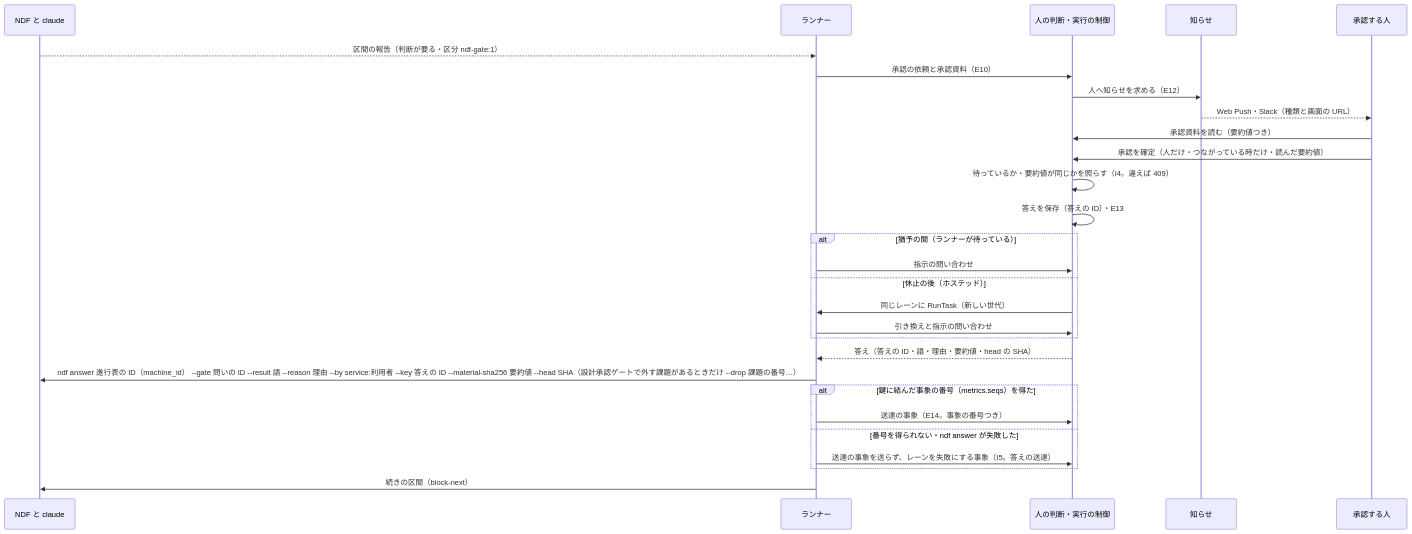
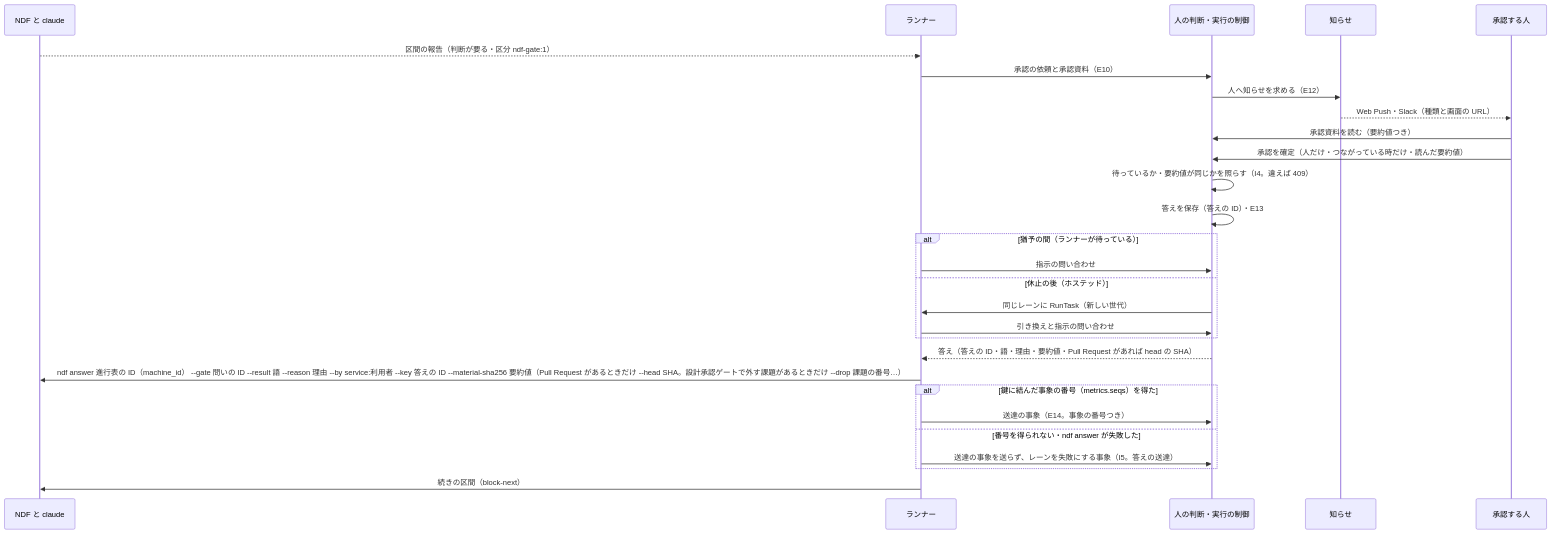
One commit to devbasex/nd-factory changed the seventh of 10 diagrams in docs/design/execution.md. Above: the diagram before and after it, drawn with Mermaid. The commit also changed other lines of this file and 3 other files, not shown here.

First line of the commit message:
Docs: #41 の cross-review の指摘に合わせ、Pull Request の無い承認資料と --head、human-action の「済んだ」の扱い、F23 の区間の報告の照合、旧名の検証コマンドを直す（#41）

````diff
--- a/docs/design/execution.md
+++ b/docs/design/execution.md
@@ -422,30 +423,30 @@
 ```mermaid
 sequenceDiagram
     participant N as NDF と claude
     participant R as ランナー
     participant API as 人の判断・実行の制御
     participant K as 知らせ
     participant 人 as 承認する人
     N-->>R: 区間の報告（判断が要る・区分 ndf-gate:1）
     R->>API: 承認の依頼と承認資料（E10）
     API->>K: 人へ知らせを求める（E12）
     K-->>人: Web Push・Slack（種類と画面の URL）
     人->>API: 承認資料を読む（要約値つき）
     人->>API: 承認を確定（人だけ・つながっている時だけ・読んだ要約値）
     API->>API: 待っているか・要約値が同じかを照らす（I4。違えば 409）
     API->>API: 答えを保存（答えの ID）・E13
     alt 猶予の間（ランナーが待っている）
         R->>API: 指示の問い合わせ
     else 休止の後（ホステッド）
         API->>R: 同じレーンに RunTask（新しい世代）
         R->>API: 引き換えと指示の問い合わせ
     end
-    API-->>R: 答え（答えの ID・語・理由・要約値・head の SHA）
-    R->>N: ndf answer 進行表の ID（machine_id） --gate 問いの ID --result 語 --reason 理由 --by service:利用者 --key 答えの ID --material-sha256 要約値 --head SHA（設計承認ゲートで外す課題があるときだけ --drop 課題の番号…）
+    API-->>R: 答え（答えの ID・語・理由・要約値・Pull Request があれば head の SHA）
+    R->>N: ndf answer 進行表の ID（machine_id） --gate 問いの ID --result 語 --reason 理由 --by service:利用者 --key 答えの ID --material-sha256 要約値（Pull Request があるときだけ --head SHA。設計承認ゲートで外す課題があるときだけ --drop 課題の番号…）
     alt 鍵に結んだ事象の番号（metrics.seqs）を得た
         R->>API: 送達の事象（E14。事象の番号つき）
     else 番号を得られない・ndf answer が失敗した
         R->>API: 送達の事象を送らず、レーンを失敗にする事象（I5。答えの送達）
     end
     R->>N: 続きの区間（block-next）
 ```
````
